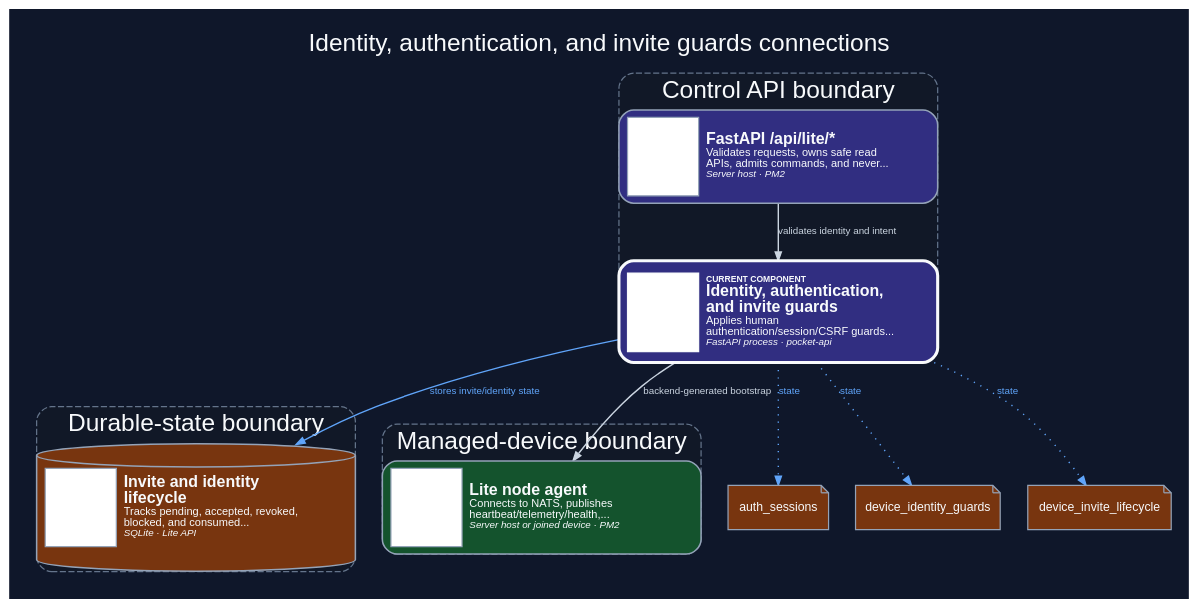
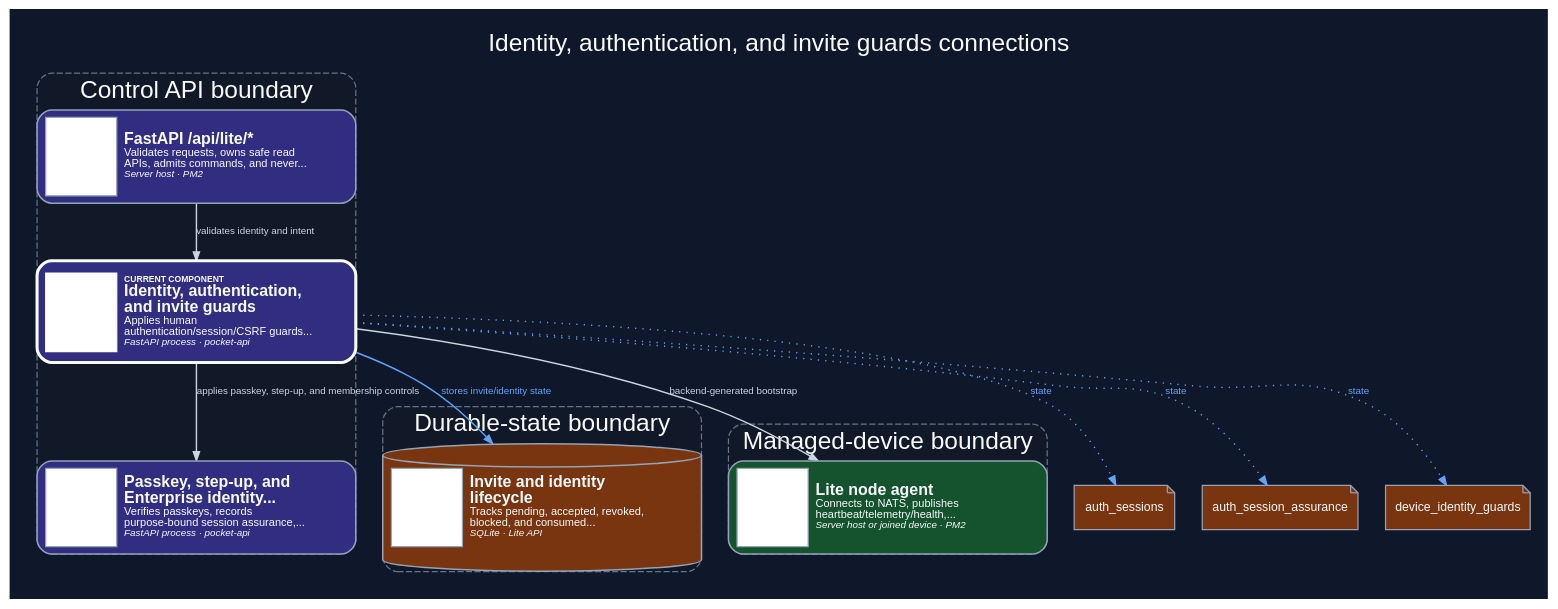
The diagram in docs/assets/diagrams/production/components/api-guards.dark.dot (dexter-lab-ctrl/pocket-lab-lite), drawn with Graphviz before and after one commit. The commit also changed 291 other files, not shown here.

```diff
--- a/docs/assets/diagrams/production/components/api-guards.dark.dot
+++ b/docs/assets/diagrams/production/components/api-guards.dark.dot
@@ -1,72 +1,74 @@
 digraph component_api_guards {
   graph [
     rankdir="TB",
     splines="spline",
     compound="true",
     newrank="true",
     nodesep="0.30",
     ranksep="0.52",
     ratio="compress",
     pad="0.20",
     margin="0",
     outputorder="edgesfirst",
     bgcolor="#0f172a",
     fontcolor="#f8fafc",
     fontname="Arial",
     label="Identity, authentication, and invite guards connections",
     labelloc="t",
     fontsize="20"
   ];
   node [
     fontname="Arial",
     fontsize="10",
     color="#94a3b8",
     fontcolor="#f8fafc",
     margin="0.12,0.08"
   ];
   edge [
     fontname="Arial",
     fontsize="8",
     color="#94a3b8",
     fontcolor="#cbd5e1",
     arrowsize="0.72",
     penwidth="1.15"
   ];
   subgraph "cluster_control-api" {
     label="Control API boundary";
     style="rounded,dashed,filled";
     color="#64748b";
     fillcolor="#111827";
     fontcolor="#f8fafc";
     penwidth="1.0";
     "api-guards" [label=<<TABLE BORDER="0" CELLBORDER="0" CELLSPACING="0" CELLPADDING="6"><TR><TD FIXEDSIZE="TRUE" WIDTH="58" HEIGHT="64" ALIGN="CENTER" VALIGN="MIDDLE" BORDER="1" BGCOLOR="#FFFFFF" HREF="#PLICON__api-guards" TITLE="Architecture icon anchor"><FONT POINT-SIZE="1">&#160;</FONT></TD><TD WIDTH="188" ALIGN="LEFT" BALIGN="LEFT" VALIGN="MIDDLE"><FONT POINT-SIZE="7"><B>CURRENT COMPONENT</B></FONT><BR/><FONT POINT-SIZE="13"><B>Identity, authentication,<BR/>and invite guards</B></FONT><BR/><FONT POINT-SIZE="9">Applies human<BR/>authentication/session/CSRF guards...</FONT><BR/><FONT POINT-SIZE="8"><I>FastAPI process · pocket-api</I></FONT></TD></TR></TABLE>>, shape="box", style="rounded,filled,bold", fillcolor="#312e81", color="#f8fafc", fontcolor="#f8fafc", penwidth="2.5", tooltip="Identity, authentication, and invite guards. Applies human authentication/session/CSRF guards plus device identity, duplicate, protected-host, and fail-closed invite/bootstrap acceptance guards.", URL="../../../../generated/production/architecture/components/api-guards/", target="_top", margin="0.10,0.08"];
+    "identity-access-controls" [label=<<TABLE BORDER="0" CELLBORDER="0" CELLSPACING="0" CELLPADDING="6"><TR><TD FIXEDSIZE="TRUE" WIDTH="58" HEIGHT="64" ALIGN="CENTER" VALIGN="MIDDLE" BORDER="1" BGCOLOR="#FFFFFF" HREF="#PLICON__identity-access-controls" TITLE="Architecture icon anchor"><FONT POINT-SIZE="1">&#160;</FONT></TD><TD WIDTH="188" ALIGN="LEFT" BALIGN="LEFT" VALIGN="MIDDLE"><FONT POINT-SIZE="13"><B>Passkey, step-up, and<BR/>Enterprise identity...</B></FONT><BR/><FONT POINT-SIZE="9">Verifies passkeys, records<BR/>purpose-bound session assurance,...</FONT><BR/><FONT POINT-SIZE="8"><I>FastAPI process · pocket-api</I></FONT></TD></TR></TABLE>>, shape="box", style="rounded,filled", fillcolor="#312e81", color="#94a3b8", fontcolor="#f8fafc", penwidth="1.25", tooltip="Passkey, step-up, and Enterprise identity controls. Verifies passkeys, records purpose-bound session assurance, and resolves server-owned Enterprise memberships and final-Owner protection; it does not create a browser-held authority.", URL="../../../../generated/production/architecture/components/identity-access-controls/", target="_top", margin="0.10,0.08"];
     "lite-api" [label=<<TABLE BORDER="0" CELLBORDER="0" CELLSPACING="0" CELLPADDING="6"><TR><TD FIXEDSIZE="TRUE" WIDTH="58" HEIGHT="64" ALIGN="CENTER" VALIGN="MIDDLE" BORDER="1" BGCOLOR="#FFFFFF" HREF="#PLICON__lite-api" TITLE="Architecture icon anchor"><FONT POINT-SIZE="1">&#160;</FONT></TD><TD WIDTH="188" ALIGN="LEFT" BALIGN="LEFT" VALIGN="MIDDLE"><FONT POINT-SIZE="13"><B>FastAPI /api/lite/*</B></FONT><BR/><FONT POINT-SIZE="9">Validates requests, owns safe read<BR/>APIs, admits commands, and never...</FONT><BR/><FONT POINT-SIZE="8"><I>Server host · PM2</I></FONT></TD></TR></TABLE>>, shape="box", style="rounded,filled", fillcolor="#312e81", color="#94a3b8", fontcolor="#f8fafc", penwidth="1.25", tooltip="FastAPI /api/lite/*. Validates requests, owns safe read APIs, admits commands, and never delegates browser execution directly to NATS or shell.", URL="../../../../generated/production/architecture/components/lite-api/", target="_top", margin="0.10,0.08"];
   }
   subgraph "cluster_durable-state" {
     label="Durable-state boundary";
     style="rounded,dashed,filled";
     color="#64748b";
     fillcolor="#111827";
     fontcolor="#f8fafc";
     penwidth="1.0";
     "invite-state" [label=<<TABLE BORDER="0" CELLBORDER="0" CELLSPACING="0" CELLPADDING="6"><TR><TD FIXEDSIZE="TRUE" WIDTH="58" HEIGHT="64" ALIGN="CENTER" VALIGN="MIDDLE" BORDER="1" BGCOLOR="#FFFFFF" HREF="#PLICON__invite-state" TITLE="Architecture icon anchor"><FONT POINT-SIZE="1">&#160;</FONT></TD><TD WIDTH="188" ALIGN="LEFT" BALIGN="LEFT" VALIGN="MIDDLE"><FONT POINT-SIZE="13"><B>Invite and identity<BR/>lifecycle</B></FONT><BR/><FONT POINT-SIZE="9">Tracks pending, accepted, revoked,<BR/>blocked, and consumed...</FONT><BR/><FONT POINT-SIZE="8"><I>SQLite · Lite API</I></FONT></TD></TR></TABLE>>, shape="cylinder", style="rounded,filled", fillcolor="#78350f", color="#94a3b8", fontcolor="#f8fafc", penwidth="1.25", tooltip="Invite and identity lifecycle. Tracks pending, accepted, revoked, blocked, and consumed invite/identity state with duplicate and mismatch guards.", URL="../../../../generated/production/architecture/components/invite-state/", target="_top", margin="0.10,0.08"];
   }
   subgraph "cluster_managed-device" {
     label="Managed-device boundary";
     style="rounded,dashed,filled";
     color="#64748b";
     fillcolor="#111827";
     fontcolor="#f8fafc";
     penwidth="1.0";
     "node-agent" [label=<<TABLE BORDER="0" CELLBORDER="0" CELLSPACING="0" CELLPADDING="6"><TR><TD FIXEDSIZE="TRUE" WIDTH="58" HEIGHT="64" ALIGN="CENTER" VALIGN="MIDDLE" BORDER="1" BGCOLOR="#FFFFFF" HREF="#PLICON__node-agent" TITLE="Architecture icon anchor"><FONT POINT-SIZE="1">&#160;</FONT></TD><TD WIDTH="188" ALIGN="LEFT" BALIGN="LEFT" VALIGN="MIDDLE"><FONT POINT-SIZE="13"><B>Lite node agent</B></FONT><BR/><FONT POINT-SIZE="9">Connects to NATS, publishes<BR/>heartbeat/telemetry/health,...</FONT><BR/><FONT POINT-SIZE="8"><I>Server host or joined device · PM2</I></FONT></TD></TR></TABLE>>, shape="box", style="rounded,filled", fillcolor="#14532d", color="#94a3b8", fontcolor="#f8fafc", penwidth="1.25", tooltip="Lite node agent. Connects to NATS, publishes heartbeat/telemetry/health, handles device commands, and reconnects after outages.", URL="../../../../generated/production/architecture/components/node-agent/", target="_top", margin="0.10,0.08"];
   }
   "lite-api" -> "api-guards" [label="validates identity and intent", tooltip="validates identity and intent (Python)", style="solid", arrowhead="normal", color="#cbd5e1", fontcolor="#cbd5e1", penwidth="1.15", arrowsize="0.72"];
   "api-guards" -> "node-agent" [label="backend-generated bootstrap", tooltip="backend-generated bootstrap (Shell artifact)", style="solid", arrowhead="normal", color="#cbd5e1", fontcolor="#cbd5e1", penwidth="1.15", arrowsize="0.72"];
+  "api-guards" -> "identity-access-controls" [label="applies passkey, step-up, and membership controls", tooltip="applies passkey, step-up, and membership controls (Python)", style="solid", arrowhead="normal", color="#cbd5e1", fontcolor="#cbd5e1", penwidth="1.15", arrowsize="0.72"];
   "api-guards" -> "invite-state" [label="stores invite/identity state", tooltip="stores invite/identity state (SQLite)", style="solid", arrowhead="normal", color="#60a5fa", fontcolor="#60a5fa", penwidth="1.15", arrowsize="0.72"];
   "state_dependency_0" [label="auth_sessions", shape="note", style="filled", fillcolor="#78350f", color="#94a3b8", fontcolor="#f8fafc", tooltip="Durable-state dependency"];
   "api-guards" -> "state_dependency_0" [label="state", style="dotted", color="#60a5fa", fontcolor="#60a5fa"];
-  "state_dependency_1" [label="device_identity_guards", shape="note", style="filled", fillcolor="#78350f", color="#94a3b8", fontcolor="#f8fafc", tooltip="Durable-state dependency"];
+  "state_dependency_1" [label="auth_session_assurance", shape="note", style="filled", fillcolor="#78350f", color="#94a3b8", fontcolor="#f8fafc", tooltip="Durable-state dependency"];
   "api-guards" -> "state_dependency_1" [label="state", style="dotted", color="#60a5fa", fontcolor="#60a5fa"];
-  "state_dependency_2" [label="device_invite_lifecycle", shape="note", style="filled", fillcolor="#78350f", color="#94a3b8", fontcolor="#f8fafc", tooltip="Durable-state dependency"];
+  "state_dependency_2" [label="device_identity_guards", shape="note", style="filled", fillcolor="#78350f", color="#94a3b8", fontcolor="#f8fafc", tooltip="Durable-state dependency"];
   "api-guards" -> "state_dependency_2" [label="state", style="dotted", color="#60a5fa", fontcolor="#60a5fa"];
 }
```
